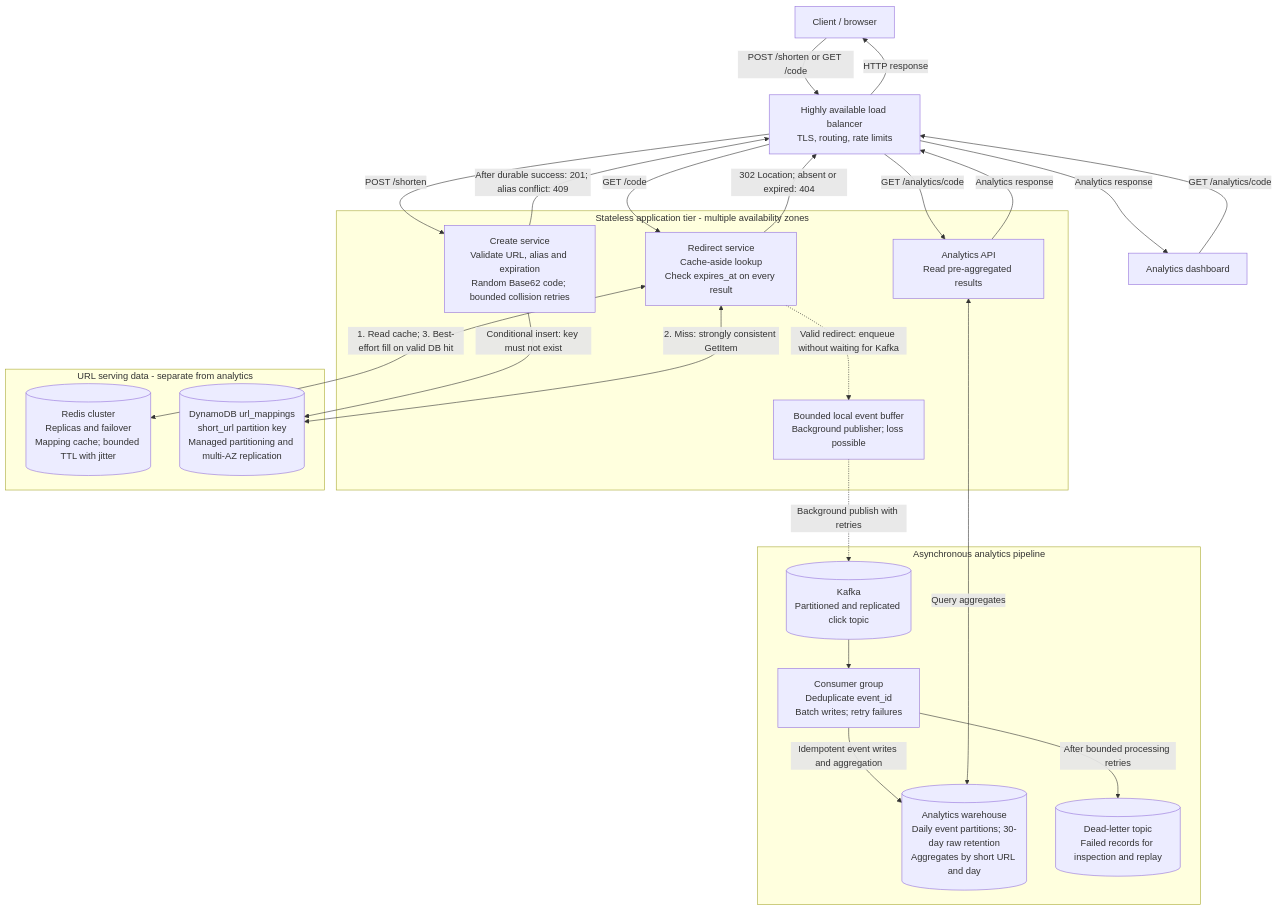
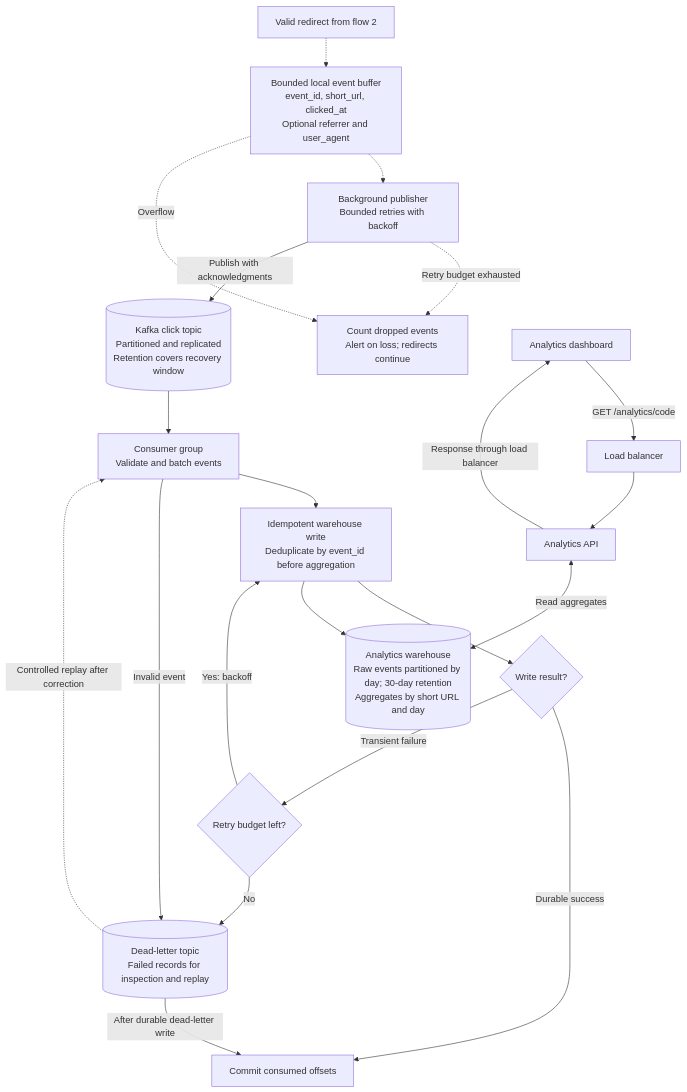
Before and after one commit to haruyuki7121994/short-link: the seventh of 7 diagrams in docs/system-design.md, drawn with Mermaid. The commit also changed other lines of this file, not shown here.

Commit message:
Split final architecture into create, read, and event flows

````diff
--- a/docs/system-design.md
+++ b/docs/system-design.md
@@ -314,46 +375,23 @@
 ```mermaid
-flowchart TB
-    Client["Client / browser"]
-    Dashboard["Analytics dashboard"]
-    Edge["Highly available load balancer<br/>TLS, routing, rate limits"]
-
-    subgraph App["Stateless application tier - multiple availability zones"]
-        Create["Create service<br/>Validate URL, alias and expiration<br/>Random Base62 code; bounded collision retries"]
-        Redirect["Redirect service<br/>Cache-aside lookup<br/>Check expires_at on every result"]
-        Analytics["Analytics API<br/>Read pre-aggregated results"]
-        Buffer["Bounded local event buffer<br/>Background publisher; loss possible"]
-    end
-
-    subgraph Serving["URL serving data - separate from analytics"]
-        Cache[("Redis cluster<br/>Replicas and failover<br/>Mapping cache; bounded TTL with jitter")]
-        DB[("DynamoDB url_mappings<br/>short_url partition key<br/>Managed partitioning and multi-AZ replication")]
-    end
-
-    subgraph Pipeline["Asynchronous analytics pipeline"]
-        Kafka[("Kafka<br/>Partitioned and replicated click topic")]
-        Workers["Consumer group<br/>Deduplicate event_id<br/>Batch writes; retry failures"]
-        Warehouse[("Analytics warehouse<br/>Daily event partitions; 30-day raw retention<br/>Aggregates by short URL and day")]
-        DLQ[("Dead-letter topic<br/>Failed records for inspection and replay")]
-    end
-
-    Client -->|"POST /shorten or GET /code"| Edge
-    Dashboard -->|"GET /analytics/code"| Edge
-    Edge -->|"POST /shorten"| Create
-    Edge -->|"GET /code"| Redirect
-    Edge -->|"GET /analytics/code"| Analytics
-
-    Create -->|"Conditional insert: key must not exist"| DB
-    Create -->|"After durable success: 201; alias conflict: 409"| Edge
-    Redirect <-->|"1. Read cache; 3. Best-effort fill on valid DB hit"| Cache
-    Redirect <-->|"2. Miss: strongly consistent GetItem"| DB
-    Redirect -->|"302 Location; absent or expired: 404"| Edge
-    Edge -->|"HTTP response"| Client
-    Redirect -.->|"Valid redirect: enqueue without waiting for Kafka"| Buffer
-    Buffer -.->|"Background publish with retries"| Kafka
-    Kafka --> Workers
-    Workers -->|"Idempotent event writes and aggregation"| Warehouse
-    Workers -->|"After bounded processing retries"| DLQ
-    Analytics <-->|"Query aggregates"| Warehouse
-    Analytics -->|"Analytics response"| Edge
-    Edge -->|"Analytics response"| Dashboard
+flowchart TD
+    Redirect["Valid redirect from flow 2"] -.-> Buffer["Bounded local event buffer<br/>event_id, short_url, clicked_at<br/>Optional referrer and user_agent"]
+    Buffer -.-> Publisher["Background publisher<br/>Bounded retries with backoff"]
+    Buffer -.->|"Overflow"| Drops["Count dropped events<br/>Alert on loss; redirects continue"]
+    Publisher -.->|"Retry budget exhausted"| Drops
+    Publisher -->|"Publish with acknowledgments"| Kafka[("Kafka click topic<br/>Partitioned and replicated<br/>Retention covers recovery window")]
+    Kafka --> Workers["Consumer group<br/>Validate and batch events"]
+    Workers --> Sink["Idempotent warehouse write<br/>Deduplicate by event_id before aggregation"]
+    Sink --> Result{"Write result?"}
+    Result -->|"Durable success"| Commit["Commit consumed offsets"]
+    Result -->|"Transient failure"| Budget{"Retry budget left?"}
+    Budget -->|"Yes: backoff"| Sink
+    Budget -->|"No"| DLQ[("Dead-letter topic<br/>Failed records for inspection and replay")]
+    Workers -->|"Invalid event"| DLQ
+    DLQ -->|"After durable dead-letter write"| Commit
+    DLQ -.->|"Controlled replay after correction"| Workers
+    Sink --> Warehouse[("Analytics warehouse<br/>Raw events partitioned by day; 30-day retention<br/>Aggregates by short URL and day")]
+    Dashboard["Analytics dashboard"] -->|"GET /analytics/code"| Edge["Load balancer"]
+    Edge --> Analytics["Analytics API"]
+    Analytics <-->|"Read aggregates"| Warehouse
+    Analytics -->|"Response through load balancer"| Dashboard
 ```
````
